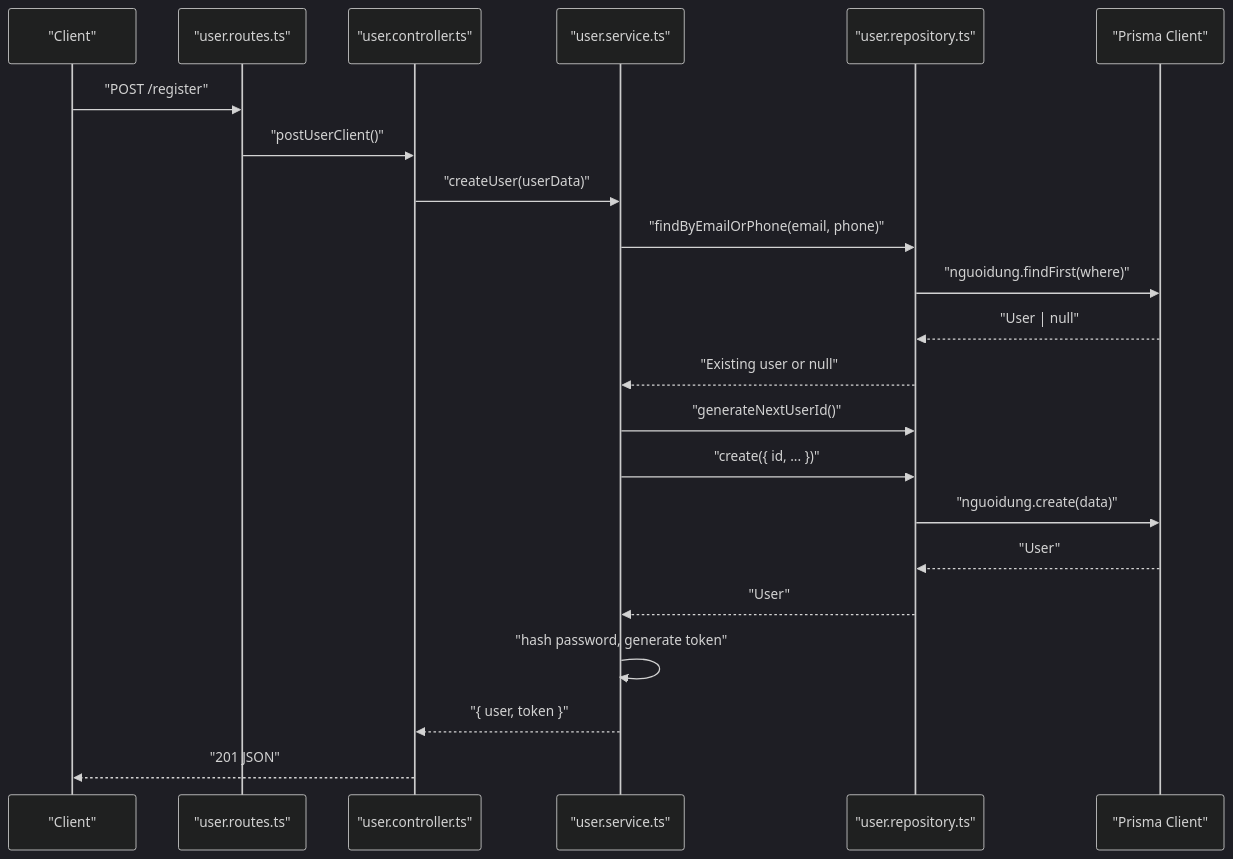
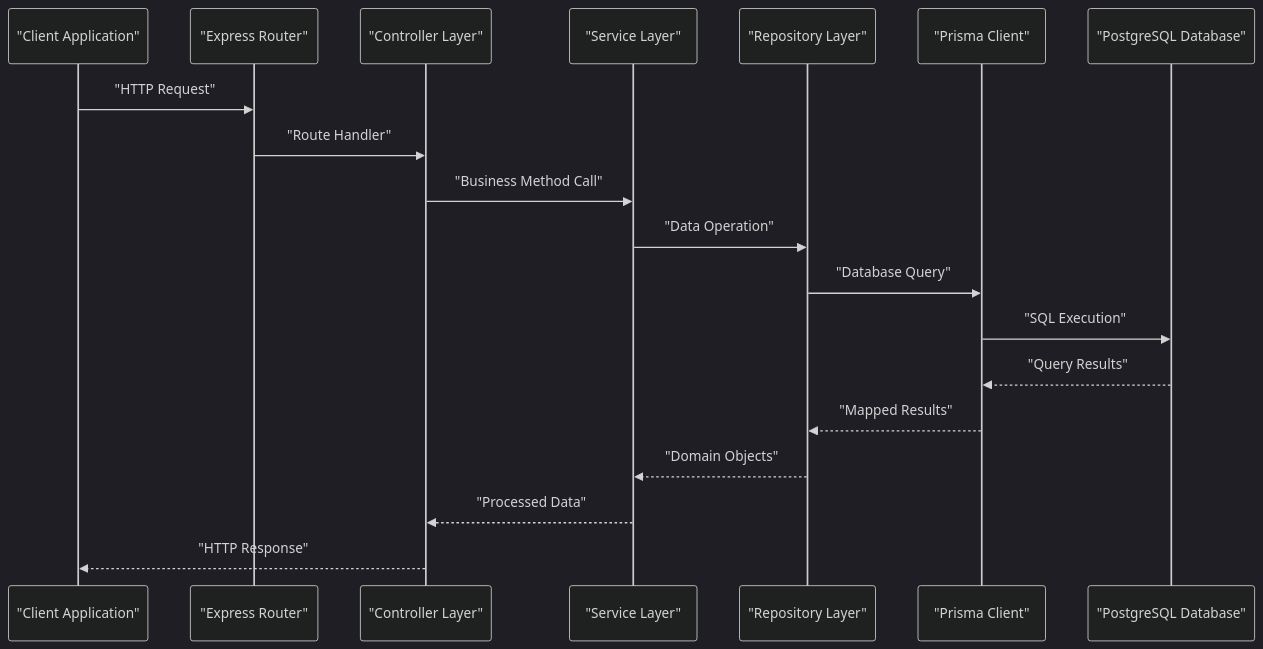
The second of 11 diagrams in .qoder/repowiki/en/content/Backend Architecture/Data Access Layer.md (nguyencongtrung2001/Do-An), drawn with Mermaid (dark theme) before and after one commit. The commit also changed other lines of this file and 12 other files, not shown here.

````diff
--- a/.qoder/repowiki/en/content/Backend Architecture/Data Access Layer.md
+++ b/.qoder/repowiki/en/content/Backend Architecture/Data Access Layer.md
@@ -163,24 +165,21 @@
 ```mermaid
 sequenceDiagram
-participant Client as "Client"
-participant Router as "user.routes.ts"
-participant Ctrl as "user.controller.ts"
-participant Svc as "user.service.ts"
-participant Repo as "user.repository.ts"
-participant DB as "Prisma Client"
-Client->>Router : "POST /register"
-Router->>Ctrl : "postUserClient()"
-Ctrl->>Svc : "createUser(userData)"
-Svc->>Repo : "findByEmailOrPhone(email, phone)"
-Repo->>DB : "nguoidung.findFirst(where)"
-DB-->>Repo : "User | null"
-Repo-->>Svc : "Existing user or null"
-Svc->>Repo : "generateNextUserId()"
-Svc->>Repo : "create({ id, ... })"
-Repo->>DB : "nguoidung.create(data)"
-DB-->>Repo : "User"
-Repo-->>Svc : "User"
-Svc->>Svc : "hash password, generate token"
-Svc-->>Ctrl : "{ user, token }"
-Ctrl-->>Client : "201 JSON"
+participant Client as "Client Application"
+participant Router as "Express Router"
+participant Controller as "Controller Layer"
+participant Service as "Service Layer"
+participant Repository as "Repository Layer"
+participant Prisma as "Prisma Client"
+participant Database as "PostgreSQL Database"
+Client->>Router : "HTTP Request"
+Router->>Controller : "Route Handler"
+Controller->>Service : "Business Method Call"
+Service->>Repository : "Data Operation"
+Repository->>Prisma : "Database Query"
+Prisma->>Database : "SQL Execution"
+Database-->>Prisma : "Query Results"
+Prisma-->>Repository : "Mapped Results"
+Repository-->>Service : "Domain Objects"
+Service-->>Controller : "Processed Data"
+Controller-->>Client : "HTTP Response"
 ```
````
